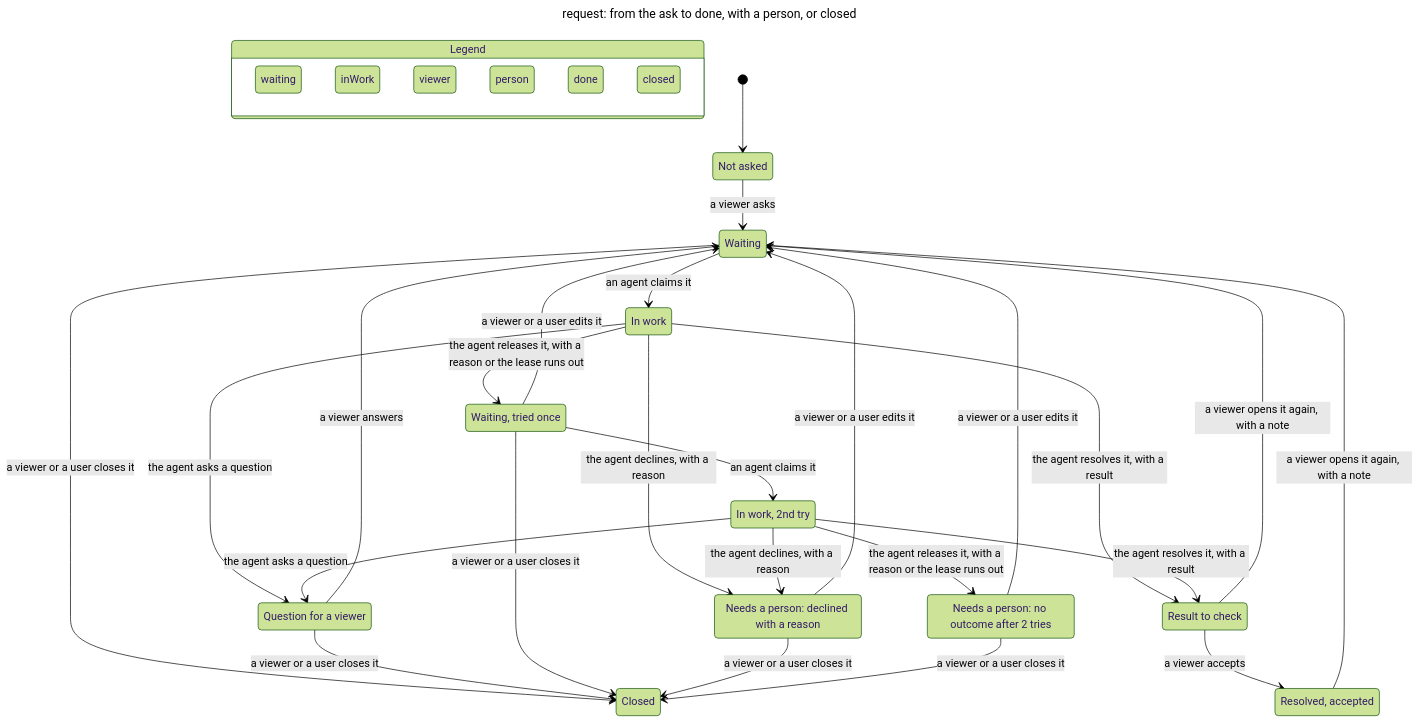
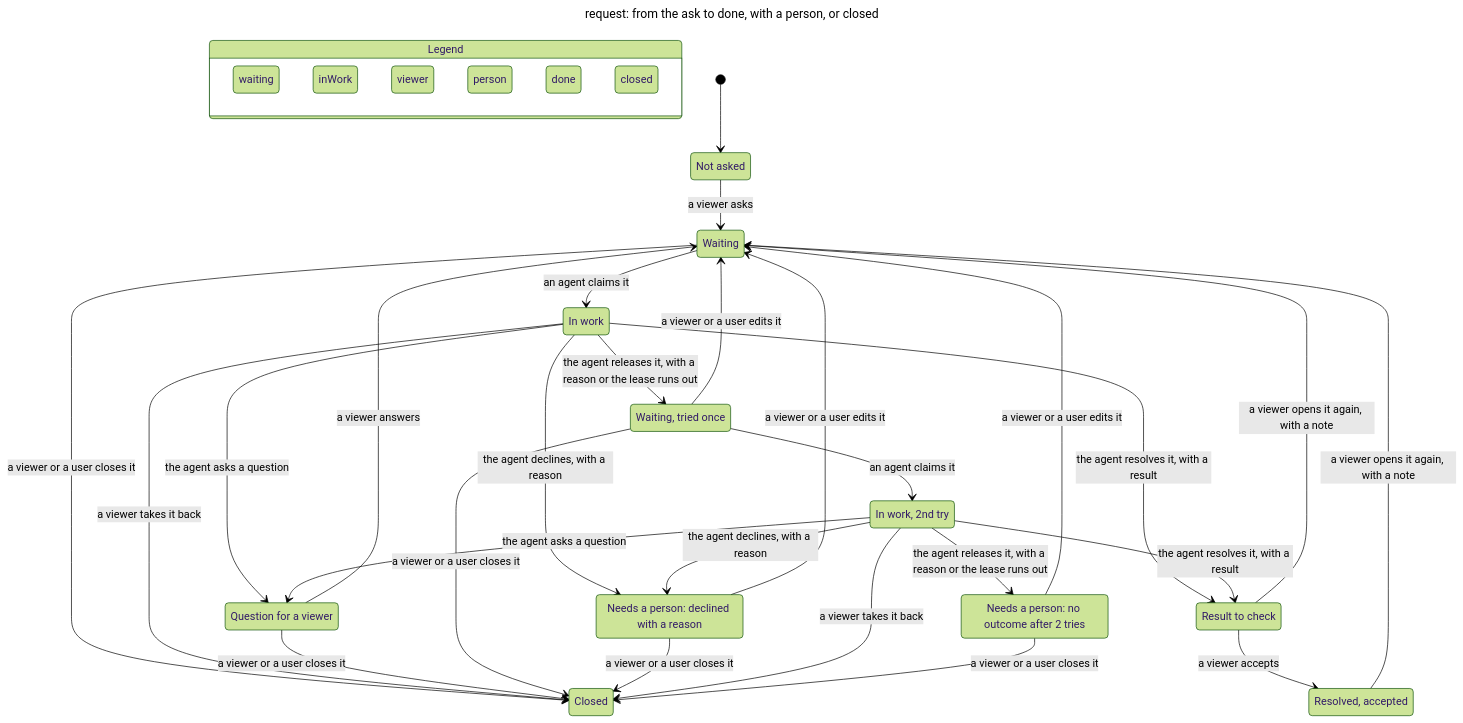
The diagram in docs/statecharts/request-life.md (lagz0ne/easel), drawn with Mermaid (forest theme) before and after one commit. The commit also changed other lines of this file and 10 other files, not shown here.

Commit message:
docs(viewer): SPEC-viewer follows the E4 design (dock, two lists, marks, popover next to its pin, refusals that keep the text); a viewer can take back a request in work (N9), and an answer keeps its place in the queue (M19)

````diff
--- a/docs/statecharts/request-life.md
+++ b/docs/statecharts/request-life.md
@@ -15,66 +16,68 @@
 ```mermaid
 ---
 title: "request: from the ask to done, with a person, or closed"
 ---
 stateDiagram-v2
   state "Legend" as legend {
     lg0: waiting
     lg1: inWork
     lg2: viewer
     lg3: person
     lg4: done
     lg5: closed
   }
   class lg0 blue
   class lg1 yellow
   class lg2 purple
   class lg3 orange
   class lg4 teal
   class lg5 tan
   s0: Not asked
   s1: Waiting
   s2: Closed
   s3: In work
   s4: Question for a viewer
   s5: Waiting, tried once
   s6: Needs a person: declined with a reason
   s7: Result to check
   s8: In work, 2nd try
   s9: Resolved, accepted
   s10: Needs a person: no outcome after 2 tries
   [*] --> s0
   s0 --> s1: a viewer asks
   s1 --> s2: a viewer or a user closes it
   s1 --> s3: an agent claims it
   s3 --> s4: the agent asks a question
+  s3 --> s2: a viewer takes it back
   s3 --> s5: the agent releases it, with a reason or the lease runs out
   s3 --> s6: the agent declines, with a reason
   s3 --> s7: the agent resolves it, with a result
   s4 --> s1: a viewer answers
   s4 --> s2: a viewer or a user closes it
   s5 --> s1: a viewer or a user edits it
   s5 --> s2: a viewer or a user closes it
   s5 --> s8: an agent claims it
   s6 --> s1: a viewer or a user edits it
   s6 --> s2: a viewer or a user closes it
   s7 --> s1: a viewer opens it again, with a note
   s7 --> s9: a viewer accepts
   s8 --> s4: the agent asks a question
+  s8 --> s2: a viewer takes it back
   s8 --> s10: the agent releases it, with a reason or the lease runs out
   s8 --> s6: the agent declines, with a reason
   s8 --> s7: the agent resolves it, with a result
   s9 --> s1: a viewer opens it again, with a note
   s10 --> s1: a viewer or a user edits it
   s10 --> s2: a viewer or a user closes it
   class s0 blue
   class s1 blue
   class s2 tan
   class s3 yellow
   class s4 purple
   class s5 blue
   class s6 orange
   class s7 teal
   class s8 yellow
   class s9 teal
   class s10 orange
 ```
````
